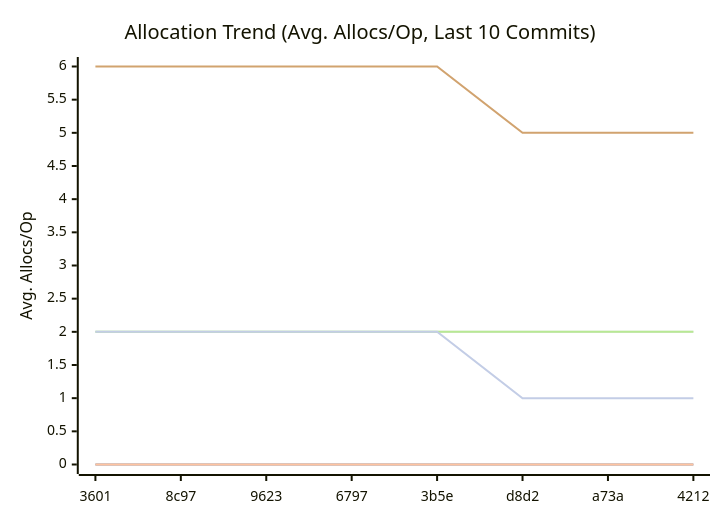
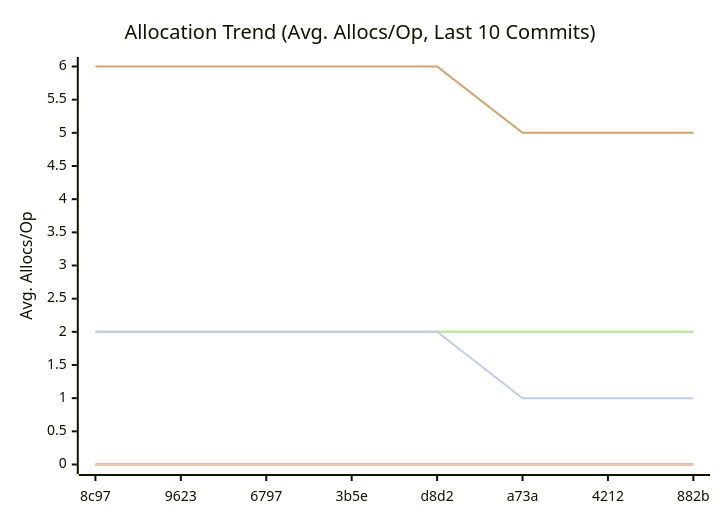
One commit to alsotoes/momo changed the third of 3 diagrams in docs/README.md. Above: the diagram before and after it, drawn with Mermaid. The commit also changed other lines of this file and 1 other file, not shown here.

````diff
--- a/docs/README.md
+++ b/docs/README.md
@@ -333,14 +333,14 @@
 ```mermaid
 xychart-beta
     title "Allocation Trend (Avg. Allocs/Op, Last 10 Commits)"
     x-axis "Commit"
     y-axis "Avg. Allocs/Op"
-    x-axis [3601,8c97,9623,6797,3b5e,d8d2,a73a,4212]
+    x-axis [8c97,9623,6797,3b5e,d8d2,a73a,4212,882b]
     line "CheckMetricsAndSwap" [0,0,0,0,0,0,0,0,0,0]
     line "IndexDirectTracking" [0,0,0,0,0,0,0,0,0,0]
     line "IndexSearch" [0,0,0,0,0,0,0,0,0,0]
     line "LoadGlobalConfig" [2,2,2,2,2,2,2,2,2,2]
     line "PadString" [2,2,2,2,2,2,2,2,2,2]
     line "ParseReplicationOrder_NoPrealloc" [6,6,6,6,6,5,5,5,5,5]
     line "ParseReplicationOrder_Prealloc" [2,2,2,2,2,1,1,1,1,1]
 ```
````
